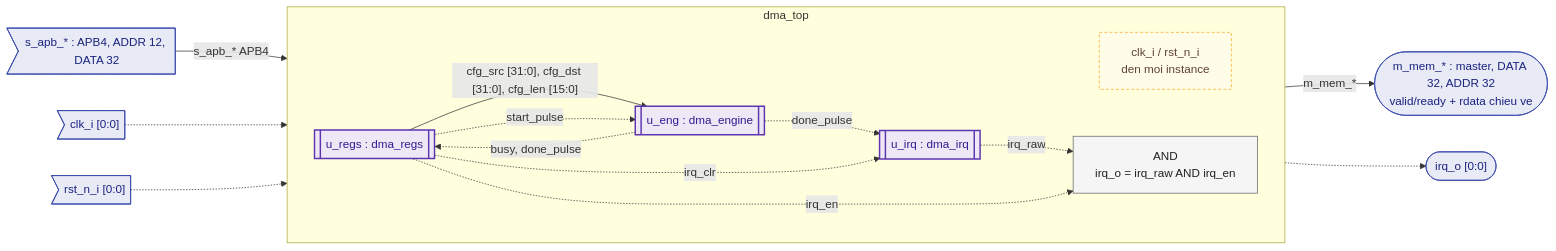
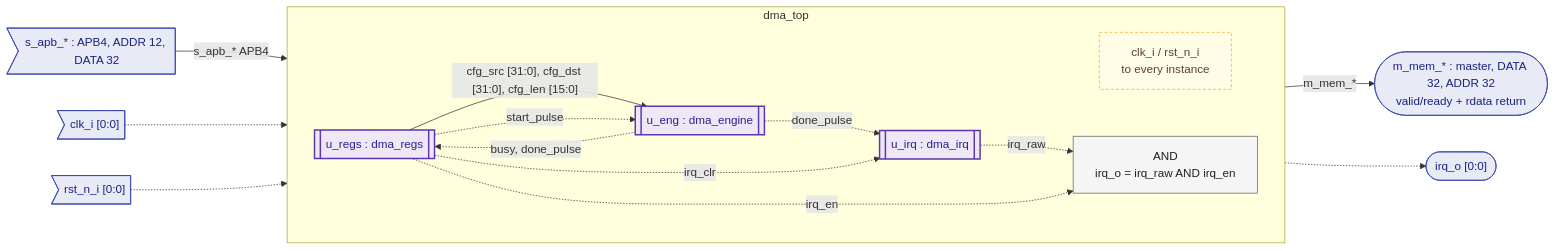
The diagram in .claude/skills/rtl-s2-diagram/references/example_l0_dma_top.mmd (nhquan-vt205/APB-Slave_reg_module), drawn with Mermaid before and after one commit. The commit also changed 24 other files, not shown here.

```diff
--- a/.claude/skills/rtl-s2-diagram/references/example_l0_dma_top.mmd
+++ b/.claude/skills/rtl-s2-diagram/references/example_l0_dma_top.mmd
@@ -1,49 +1,49 @@
 %% module : dma_top
 %% stage  : 2 - diagram L0 (block / integration)
-%% nguon  : doc/spec/architecture/dma_top_spec.md + bang port cua dma_regs, dma_engine, dma_irq
-%% mo tren: https://mermaid.live
+%% source : doc/spec/architecture/dma_top_spec.md + port tables of dma_regs, dma_engine, dma_irq
+%% open in: https://mermaid.live
 flowchart LR
 
   %% ===== INPUT PORTS =====
   pi_clk>"clk_i [0:0]"]
   pi_rst>"rst_n_i [0:0]"]
   pi_apb>"s_apb_* : APB4, ADDR 12, DATA 32"]
 
   %% ===== OUTPUT PORTS =====
-  po_mem(["m_mem_* : master, DATA 32, ADDR 32<br/>valid/ready + rdata chieu ve"])
+  po_mem(["m_mem_* : master, DATA 32, ADDR 32<br/>valid/ready + rdata return"])
   po_irq(["irq_o [0:0]"])
 
   subgraph M_dma_top["dma_top"]
     direction LR
-    n_clkrst["clk_i / rst_n_i<br/>den moi instance"]
+    n_clkrst["clk_i / rst_n_i<br/>to every instance"]
     u_regs[["u_regs : dma_regs"]]
     u_eng[["u_eng : dma_engine"]]
     u_irq[["u_irq : dma_irq"]]
     glue_and["AND<br/>irq_o = irq_raw AND irq_en"]
   end
 
   %% ===== DATA =====
   pi_apb -->|"s_apb_* APB4"| u_regs
   u_regs -->|"cfg_src [31:0], cfg_dst [31:0], cfg_len [15:0]"| u_eng
   u_eng -->|"m_mem_*"| po_mem
 
   %% ===== CONTROL =====
   u_regs -.->|"start_pulse"| u_eng
   u_eng -.->|"busy, done_pulse"| u_regs
   u_eng -.->|"done_pulse"| u_irq
   u_regs -.->|"irq_clr"| u_irq
   u_irq -.->|"irq_raw"| glue_and
   u_regs -.->|"irq_en"| glue_and
   glue_and -.-> po_irq
   pi_clk -.-> n_clkrst
   pi_rst -.-> n_clkrst
 
   %% ===== STYLE =====
   classDef port fill:#e8eaf6,stroke:#3949ab,color:#1a237e
   classDef inst fill:#ede7f6,stroke:#5e35b1,stroke-width:2px,color:#311b92
   classDef logic fill:#f5f5f5,stroke:#616161,color:#212121
   classDef note fill:#fffde7,stroke:#f9a825,stroke-dasharray:4 3,color:#5d4037
   class pi_clk,pi_rst,pi_apb,po_mem,po_irq port
   class u_regs,u_eng,u_irq inst
   class glue_and logic
   class n_clkrst note
```
